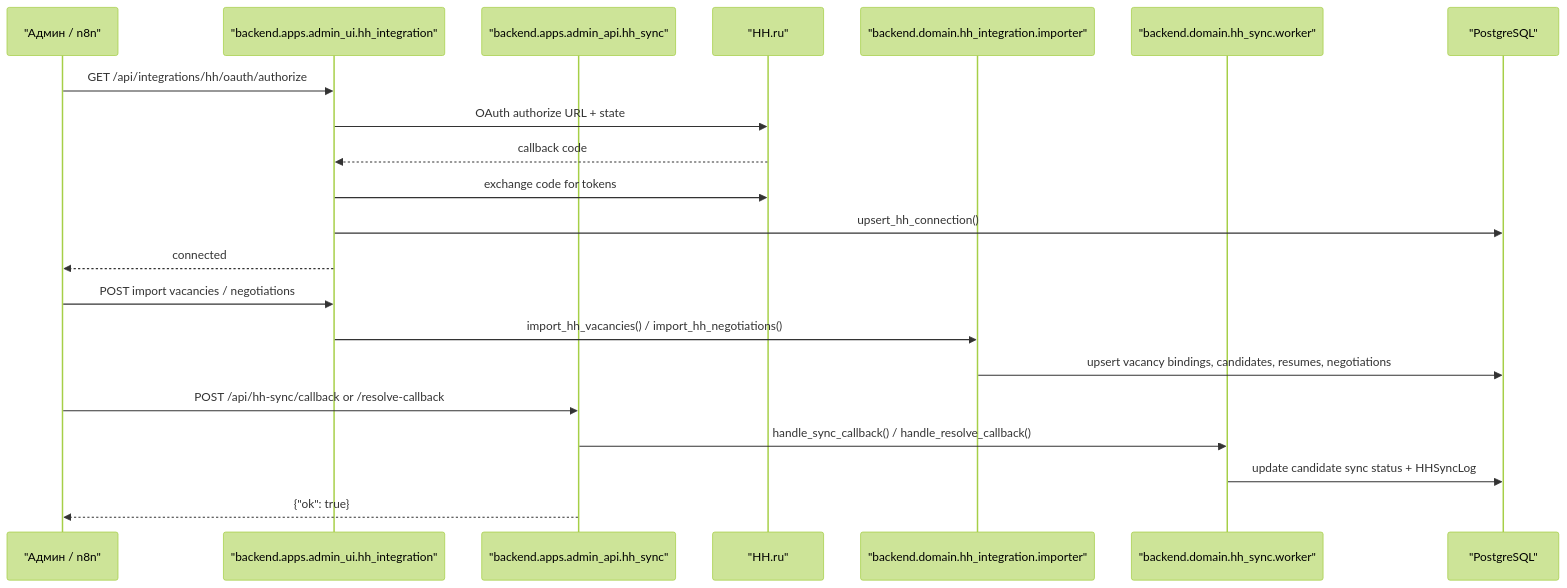
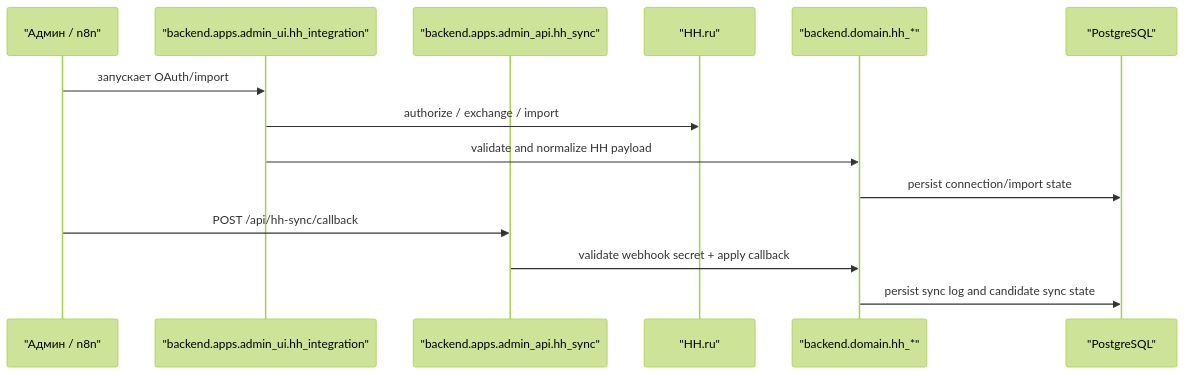
The fourth of 4 diagrams in docs/architecture/core-workflows.md (padka/HR), drawn with Mermaid (forest theme) before and after one commit. The commit also changed other lines of this file and 234 other files, not shown here.

````diff
--- a/docs/architecture/core-workflows.md
+++ b/docs/architecture/core-workflows.md
@@ -250,24 +119,17 @@
 ```mermaid
 sequenceDiagram
     participant A as "Админ / n8n"
     participant UI as "backend.apps.admin_ui.hh_integration"
     participant API as "backend.apps.admin_api.hh_sync"
-    participant H as "HH.ru"
-    participant IMP as "backend.domain.hh_integration.importer"
-    participant W as "backend.domain.hh_sync.worker"
+    participant HH as "HH.ru"
+    participant DOM as "backend.domain.hh_*"
     participant DB as "PostgreSQL"
 
-    A->>UI: GET /api/integrations/hh/oauth/authorize
-    UI->>H: OAuth authorize URL + state
-    H-->>UI: callback code
-    UI->>H: exchange code for tokens
-    UI->>DB: upsert_hh_connection()
-    UI-->>A: connected
-    A->>UI: POST import vacancies / negotiations
-    UI->>IMP: import_hh_vacancies() / import_hh_negotiations()
-    IMP->>DB: upsert vacancy bindings, candidates, resumes, negotiations
-    A->>API: POST /api/hh-sync/callback or /resolve-callback
-    API->>W: handle_sync_callback() / handle_resolve_callback()
-    W->>DB: update candidate sync status + HHSyncLog
-    API-->>A: {"ok": true}
+    A->>UI: запускает OAuth/import
+    UI->>HH: authorize / exchange / import
+    UI->>DOM: validate and normalize HH payload
+    DOM->>DB: persist connection/import state
+    A->>API: POST /api/hh-sync/callback
+    API->>DOM: validate webhook secret + apply callback
+    DOM->>DB: persist sync log and candidate sync state
 ```
````
